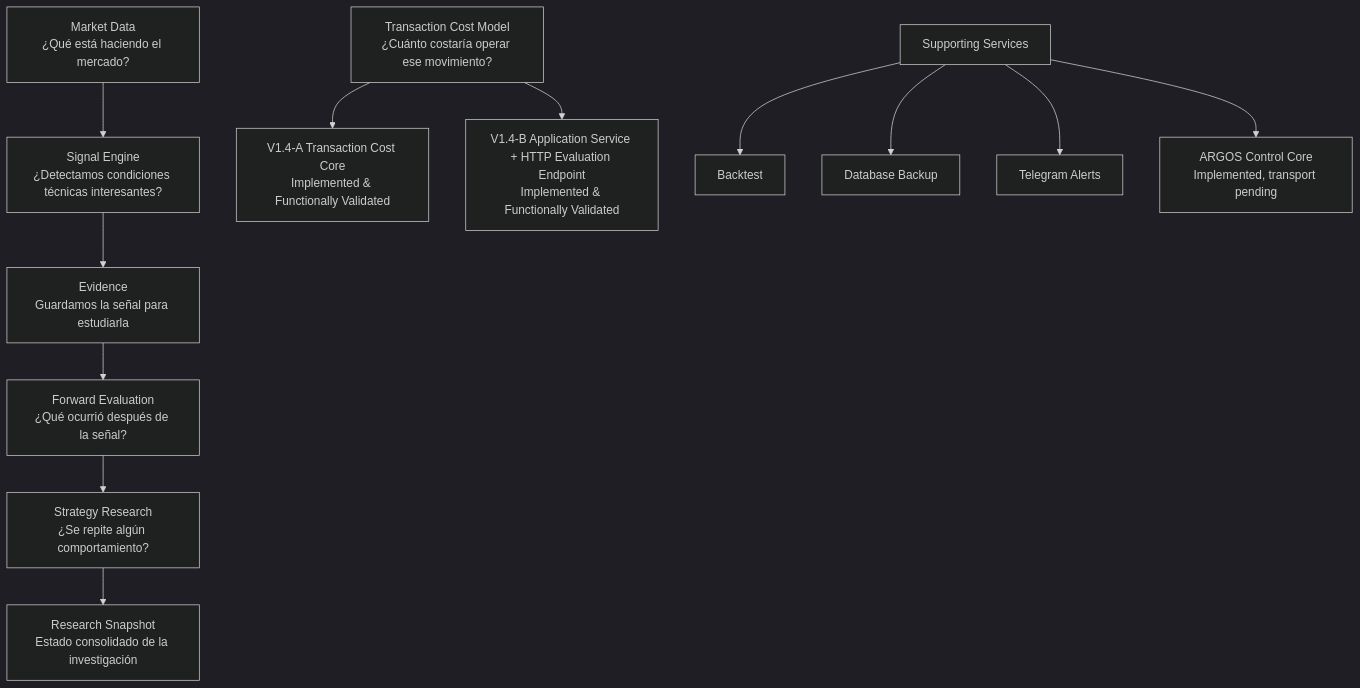
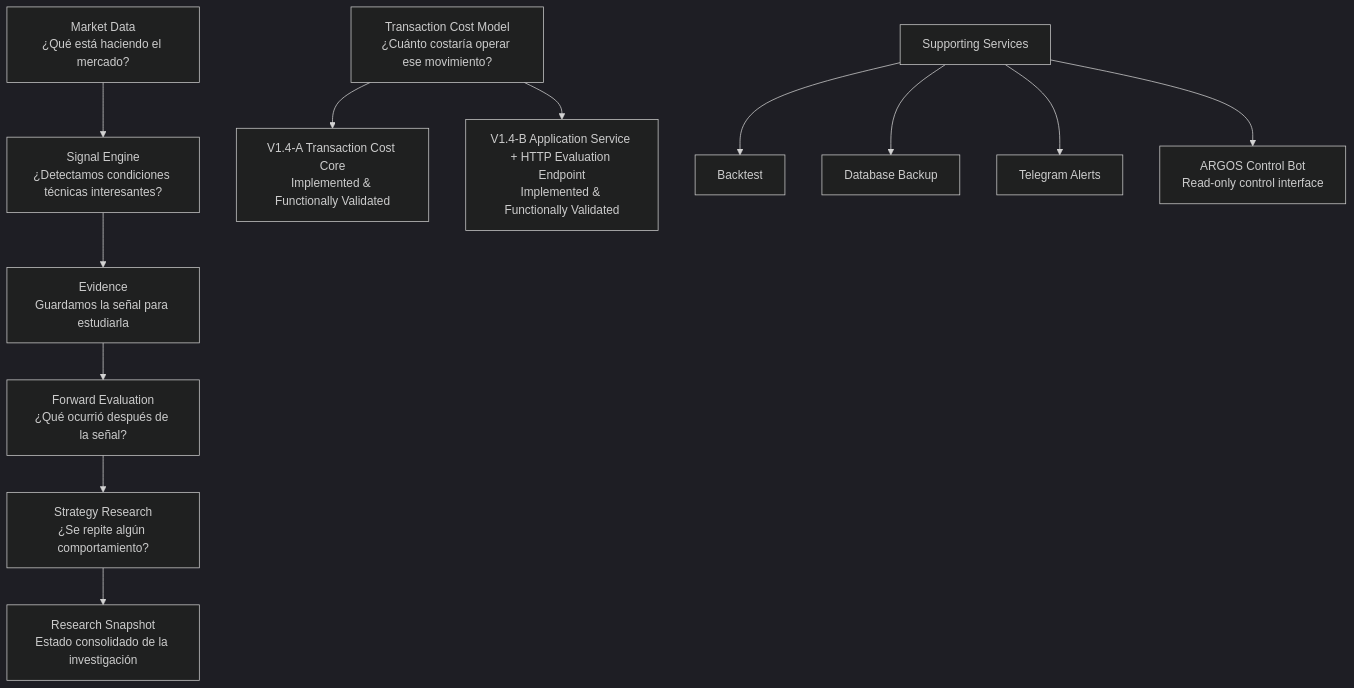
The first of 6 diagrams in docs/ARCHITECTURE.md (Alejandro-MOP/argos), drawn with Mermaid (dark theme) before and after one commit. The commit also changed other lines of this file and 10 other files, not shown here.

Commit message:
feat: add telegram analyze symbol flow

````diff
--- a/docs/ARCHITECTURE.md
+++ b/docs/ARCHITECTURE.md
@@ -37,17 +37,17 @@
 ```mermaid
 flowchart TD
   A[Market Data<br/>¿Qué está haciendo el mercado?] --> B[Signal Engine<br/>¿Detectamos condiciones técnicas interesantes?]
   B --> C[Evidence<br/>Guardamos la señal para estudiarla]
   C --> D[Forward Evaluation<br/>¿Qué ocurrió después de la señal?]
   D --> E[Strategy Research<br/>¿Se repite algún comportamiento?]
   E --> F[Research Snapshot<br/>Estado consolidado de la investigación]
 
   G[Transaction Cost Model<br/>¿Cuánto costaría operar ese movimiento?]
   G --> H[V1.4-A Transaction Cost Core<br/>Implemented & Functionally Validated]
   G --> I[V1.4-B Application Service + HTTP Evaluation Endpoint<br/>Implemented & Functionally Validated]
 
   J[Supporting Services] --> K[Backtest]
   J --> L[Database Backup]
   J --> M[Telegram Alerts]
-  J --> N[ARGOS Control Core<br/>Implemented, transport pending]
+  J --> N[ARGOS Control Bot<br/>Read-only control interface]
 ```
````
